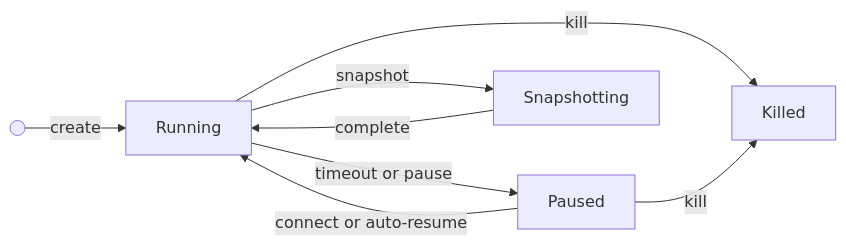
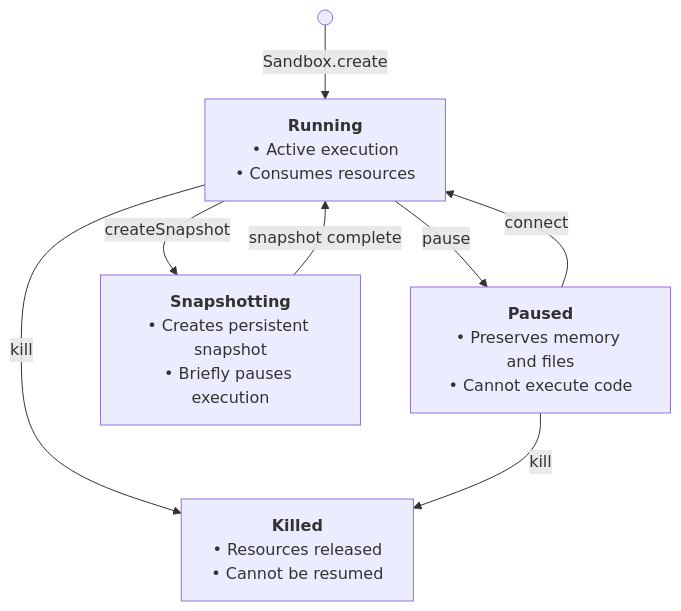
The diagram in docs/sandbox.mdx (tomasvarga/docs), drawn with Mermaid before and after one commit. The commit also changed other lines of this file, not shown here.

Commit message:
docs: use detailed state diagram on overview and clarify auto-resume requires opt-in

````diff
--- a/docs/sandbox.mdx
+++ b/docs/sandbox.mdx
@@ -10,10 +10,16 @@
 ```mermaid actions={false}
-flowchart LR
-    start(( )) -->|create| Running
-    Running -->|timeout or pause| Paused
-    Paused -->|connect or auto‑resume| Running
-    Running -->|snapshot| Snapshotting
-    Snapshotting -->|complete| Running
+flowchart TD
+    start(( )) -->|Sandbox.create| Running
+
+    Running["<b>Running</b><br/>• Active execution<br/>• Consumes resources"]
+    Paused["<b>Paused</b><br/>• Preserves memory and files<br/>• Cannot execute code"]
+    Snapshotting["<b>Snapshotting</b><br/>• Creates persistent snapshot<br/>• Briefly pauses execution"]
+    Killed["<b>Killed</b><br/>• Resources released<br/>• Cannot be resumed"]
+
+    Running -->|pause| Paused
+    Running -->|createSnapshot| Snapshotting
+    Paused -->|connect| Running
+    Snapshotting -->|snapshot complete| Running
     Running -->|kill| Killed
     Paused -->|kill| Killed
 ```
````
